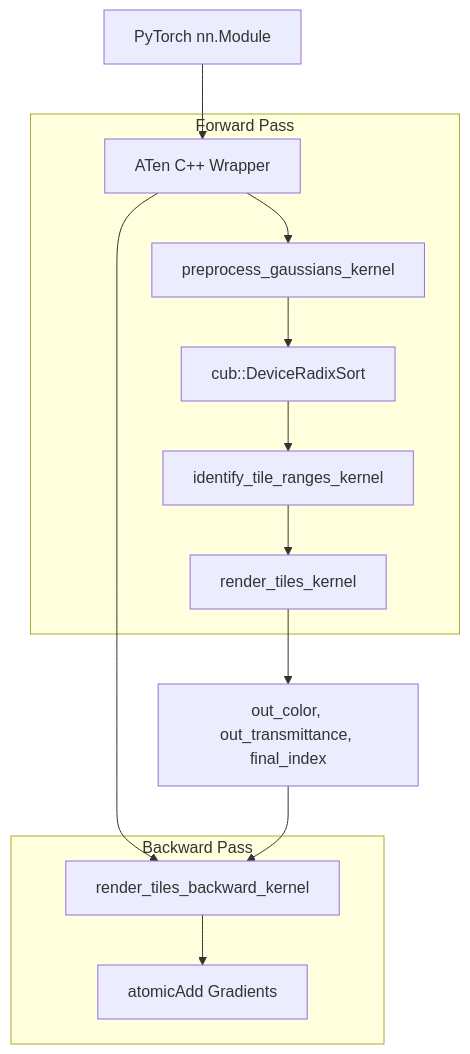
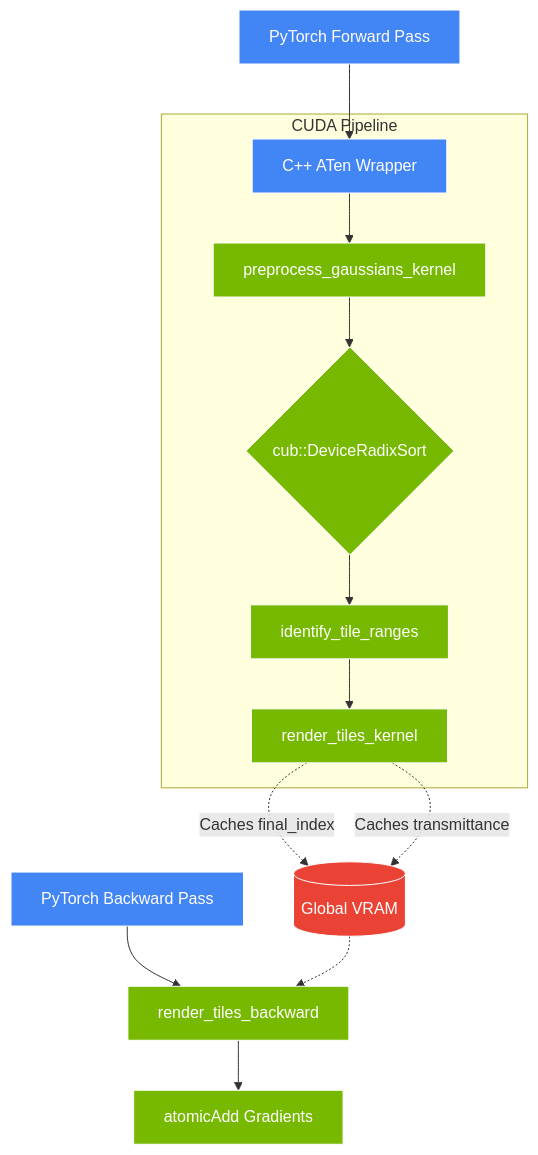
Before and after one commit to PundarikakshNTripathi/VoltaSplat: the diagram in README.md, drawn with Mermaid. The commit also changed other lines of this file and 14 other files, not shown here.

````diff
--- a/README.md
+++ b/README.md
@@ -74,19 +71,22 @@
 ```mermaid
 graph TD
-    A[PyTorch nn.Module] --> B[ATen C++ Wrapper]
+    classDef core fill:#4285F4,stroke:#fff,color:#fff;
+    classDef cuda fill:#76B900,stroke:#fff,color:#fff;
+    classDef mem fill:#EA4335,stroke:#fff,color:#fff;
     
-    subgraph Forward Pass
-        B --> C[preprocess_gaussians_kernel]
-        C --> D[cub::DeviceRadixSort]
-        D --> E[identify_tile_ranges_kernel]
-        E --> F[render_tiles_kernel]
+    A[PyTorch Forward Pass]:::core --> B[C++ ATen Wrapper]:::core
+    
+    subgraph CUDA Pipeline
+        B --> C[preprocess_gaussians_kernel]:::cuda
+        C --> D{cub::DeviceRadixSort}:::cuda
+        D --> E[identify_tile_ranges]:::cuda
+        E --> F[render_tiles_kernel]:::cuda
     end
     
-    subgraph Backward Pass
-        B --> G[render_tiles_backward_kernel]
-        G --> H[atomicAdd Gradients]
-    end
+    F -.->|Caches final_index| G[(Global VRAM)]:::mem
+    F -.->|Caches transmittance| G
     
-    F --> I[out_color, out_transmittance, final_index]
-    I --> G
+    H[PyTorch Backward Pass]:::core --> I[render_tiles_backward]:::cuda
+    G -.-> I
+    I --> J[atomicAdd Gradients]:::cuda
 ```
````
